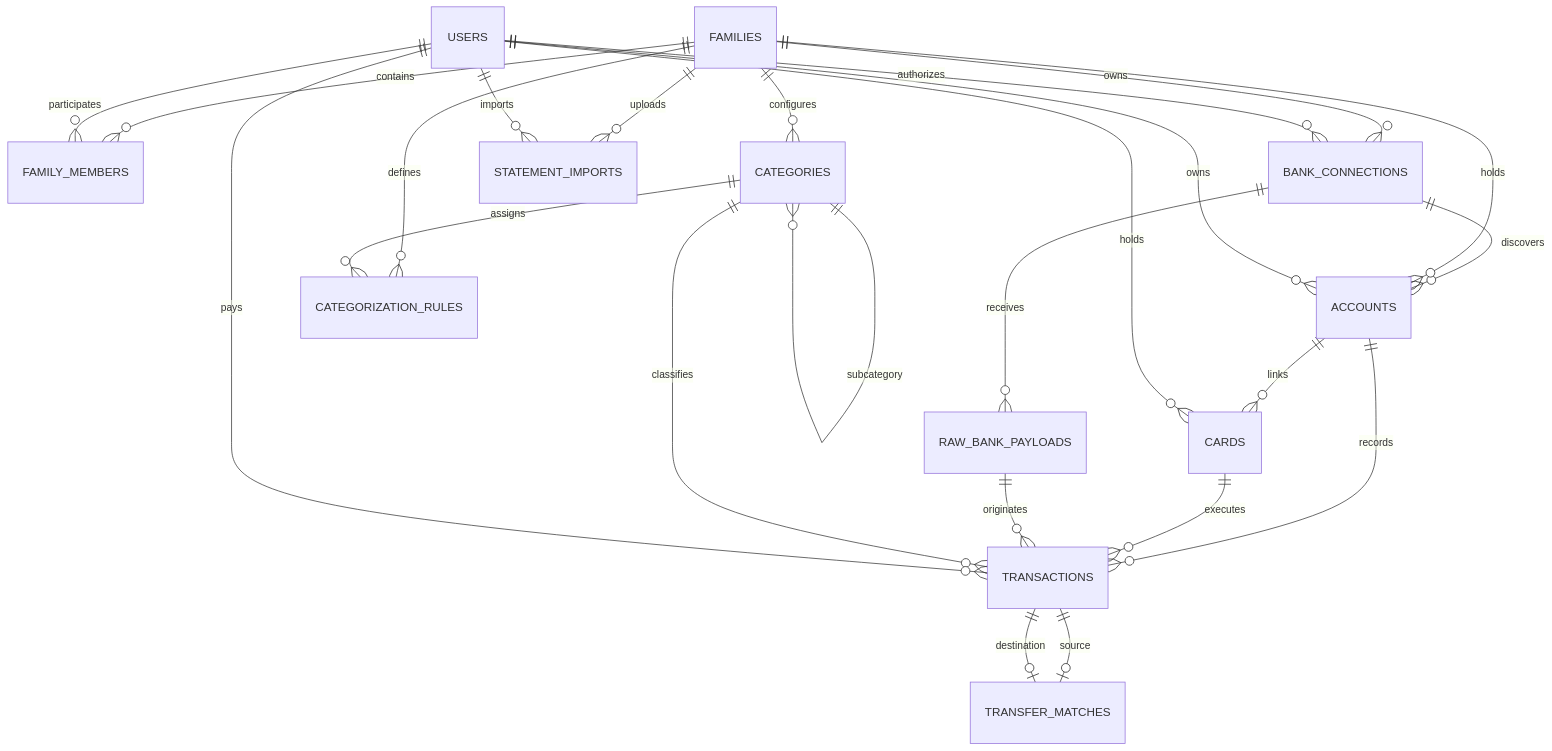
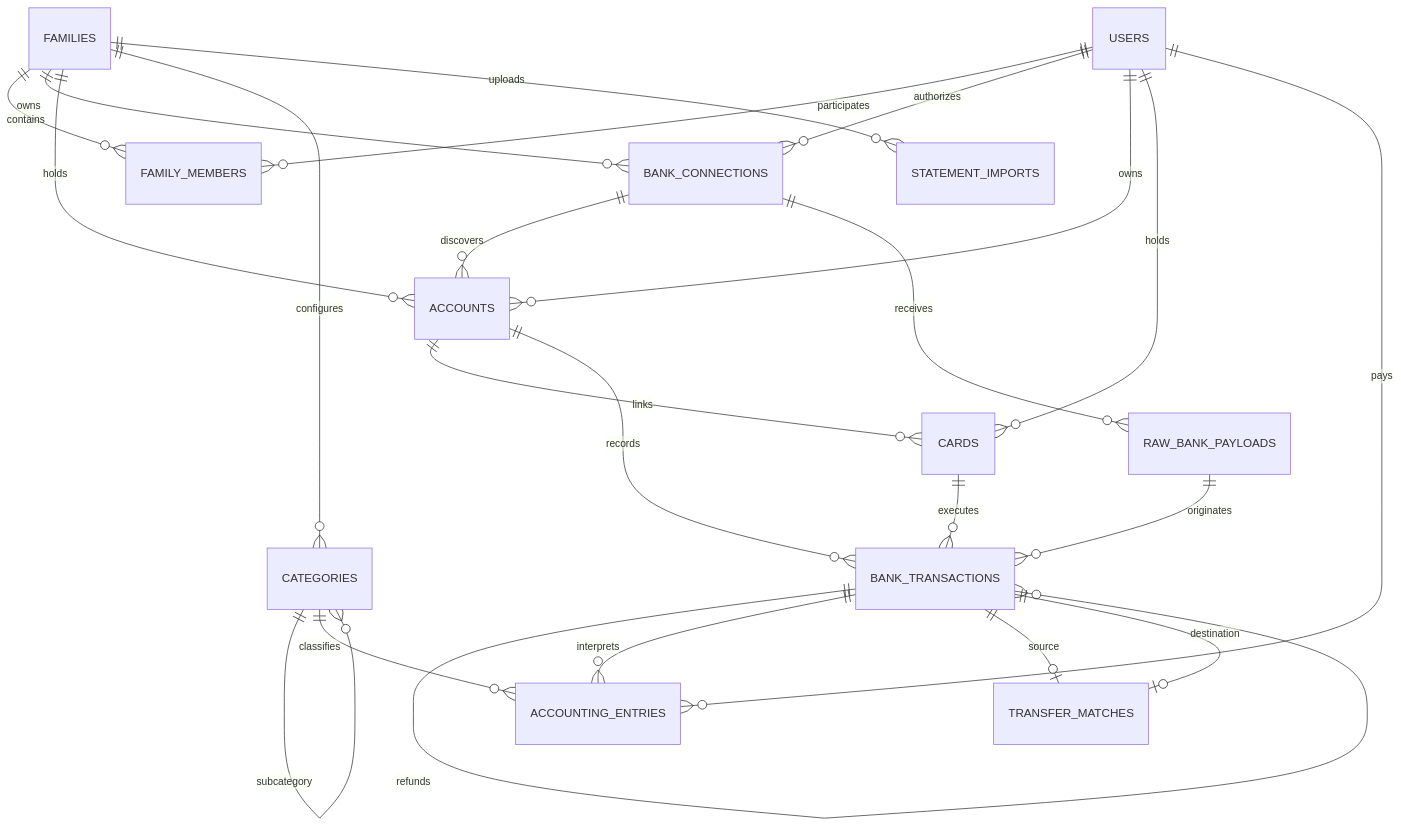
The diagram in database.md (khaliullov/family-finance), drawn with Mermaid before and after one commit. The commit also changed other lines of this file and 5 other files, not shown here.

````diff
--- a/database.md
+++ b/database.md
@@ -5,26 +16,25 @@
 ```mermaid
 erDiagram
     FAMILIES ||--o{ FAMILY_MEMBERS : contains
     USERS ||--o{ FAMILY_MEMBERS : participates
     FAMILIES ||--o{ BANK_CONNECTIONS : owns
     USERS ||--o{ BANK_CONNECTIONS : authorizes
     BANK_CONNECTIONS ||--o{ ACCOUNTS : discovers
     FAMILIES ||--o{ ACCOUNTS : holds
     USERS ||--o{ ACCOUNTS : owns
     ACCOUNTS ||--o{ CARDS : links
     USERS ||--o{ CARDS : holds
+    BANK_CONNECTIONS ||--o{ RAW_BANK_PAYLOADS : receives
+    ACCOUNTS ||--o{ BANK_TRANSACTIONS : records
+    CARDS ||--o{ BANK_TRANSACTIONS : executes
+    RAW_BANK_PAYLOADS ||--o{ BANK_TRANSACTIONS : originates
+    BANK_TRANSACTIONS ||--o{ BANK_TRANSACTIONS : refunds
+    BANK_TRANSACTIONS ||--o{ ACCOUNTING_ENTRIES : interprets
     FAMILIES ||--o{ CATEGORIES : configures
     CATEGORIES ||--o{ CATEGORIES : subcategory
-    FAMILIES ||--o{ CATEGORIZATION_RULES : defines
-    CATEGORIES ||--o{ CATEGORIZATION_RULES : assigns
-    BANK_CONNECTIONS ||--o{ RAW_BANK_PAYLOADS : receives
-    ACCOUNTS ||--o{ TRANSACTIONS : records
-    CARDS ||--o{ TRANSACTIONS : executes
-    RAW_BANK_PAYLOADS ||--o{ TRANSACTIONS : originates
-    CATEGORIES ||--o{ TRANSACTIONS : classifies
-    USERS ||--o{ TRANSACTIONS : pays
-    TRANSACTIONS ||--o| TRANSFER_MATCHES : source
-    TRANSACTIONS ||--o| TRANSFER_MATCHES : destination
+    CATEGORIES ||--o{ ACCOUNTING_ENTRIES : classifies
+    USERS ||--o{ ACCOUNTING_ENTRIES : pays
+    BANK_TRANSACTIONS ||--o| TRANSFER_MATCHES : source
+    BANK_TRANSACTIONS ||--o| TRANSFER_MATCHES : destination
     FAMILIES ||--o{ STATEMENT_IMPORTS : uploads
-    USERS ||--o{ STATEMENT_IMPORTS : imports
 ```
````
